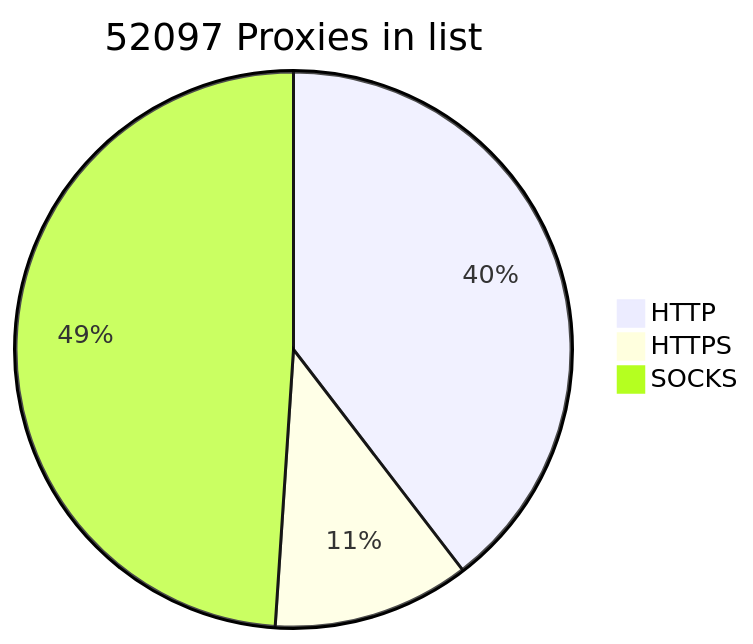
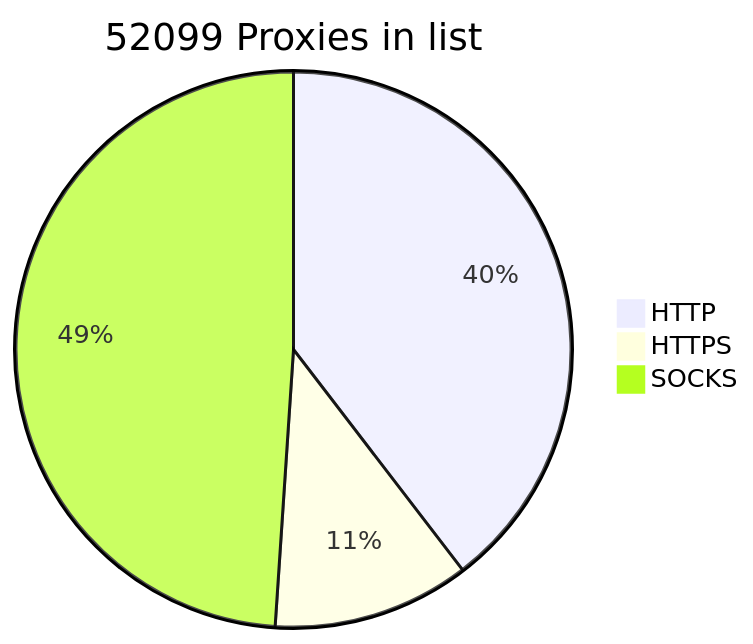
One commit to BlackSnowDot/proxylist-update-every-minute changed the diagram in README.md. Above: the diagram before and after it, drawn with Mermaid.

````diff
--- a/README.md
+++ b/README.md
@@ -2,6 +2,6 @@
 ```mermaid
-pie title 52097 Proxies in list
+pie title 52099 Proxies in list
     "HTTP" : 22956
-    "HTTPS": 6648
+    "HTTPS": 6650
     "SOCKS" : 28384
 ```
````
